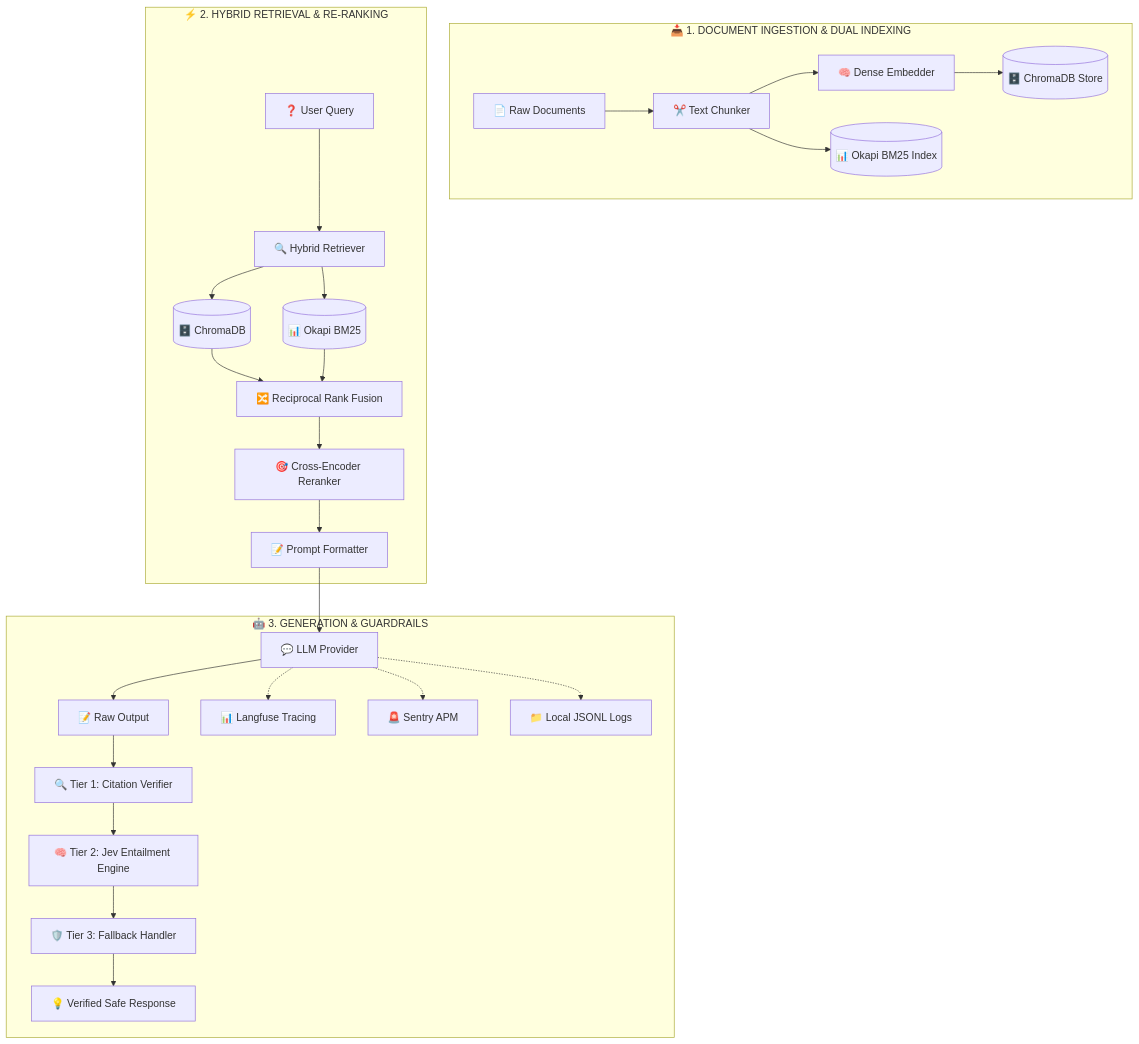
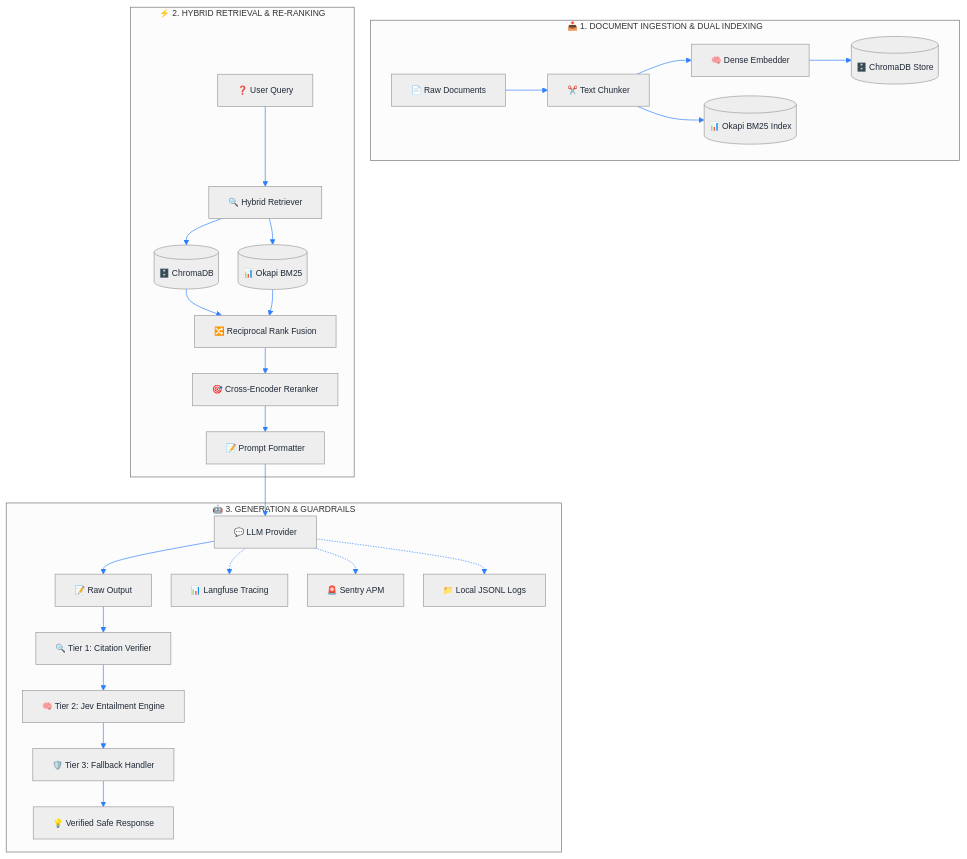
Before and after one commit to Souheil007/Rag_Full_Version: the diagram in README.md, drawn with Mermaid. The commit also changed 14 other files, not shown here.

Commit message:
style(docs): apply high-contrast blue lines and padding directive to all project mermaid diagrams

````diff
--- a/README.md
+++ b/README.md
@@ -22,32 +22,33 @@
 ```mermaid
+%%{init: {'theme': 'neutral', 'themeVariables': { 'fontSize': '13px', 'lineColor': '#2b7fff', 'edgeLabelBackground': '#ffffff', 'textColor': '#1f2937' }, 'flowchart': { 'nodeSpacing': 30, 'rankSpacing': 40, 'padding': 15, 'useMaxWidth': true } } }%%
 flowchart TD
     subgraph Ingestion ["📥 1. DOCUMENT INGESTION & DUAL INDEXING"]
         A1["📄 Raw Documents"] --> A2["✂️ Text Chunker"]
         A2 --> A3["🧠 Dense Embedder"]
         A3 --> A4[("🗄️ ChromaDB Store")]
         A2 --> A5[("📊 Okapi BM25 Index")]
     end
 
     subgraph Retrieval ["⚡ 2. HYBRID RETRIEVAL & RE-RANKING"]
         B1["❓ User Query"] --> B2["🔍 Hybrid Retriever"]
         B2 --> B3[("🗄️ ChromaDB")]
         B2 --> B4[("📊 Okapi BM25")]
         B3 --> B5["🔀 Reciprocal Rank Fusion"]
         B4 --> B5
         B5 --> B6["🎯 Cross-Encoder Reranker"]
         B6 --> B7["📝 Prompt Formatter"]
     end
 
     subgraph Generation ["🤖 3. GENERATION & GUARDRAILS"]
         B7 --> C1["💬 LLM Provider"]
         C1 --> C2["📝 Raw Output"]
         C2 --> G1["🔍 Tier 1: Citation Verifier"]
         G1 --> G2["🧠 Tier 2: Jev Entailment Engine"]
         G2 --> G3["🛡️ Tier 3: Fallback Handler"]
         G3 --> C3["💡 Verified Safe Response"]
 
         C1 -.-> D1["📊 Langfuse Tracing"]
         C1 -.-> D2["🚨 Sentry APM"]
         C1 -.-> D3["📁 Local JSONL Logs"]
     end
 ```
````
